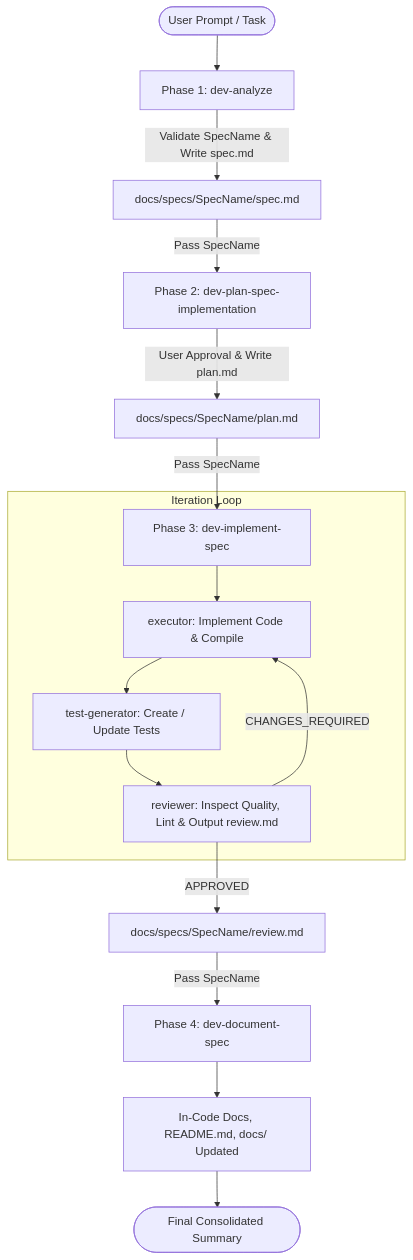
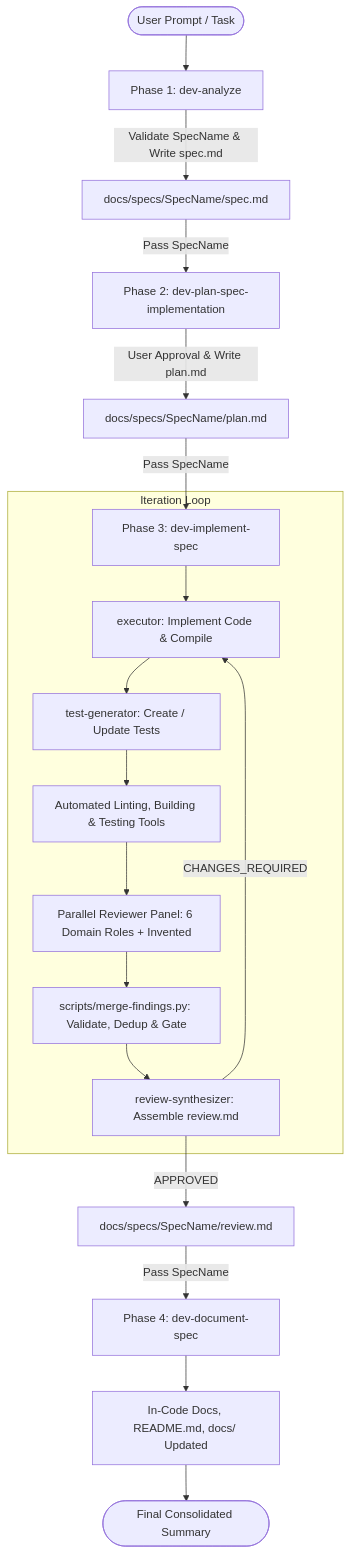
One commit to normegil/orchestrate-spec changed the diagram in skills/dev-orchestrate-spec/SKILL.md. Above: the diagram before and after it, drawn with Mermaid. The commit also changed other lines of this file and 12 other files, not shown here.

````diff
--- a/skills/dev-orchestrate-spec/SKILL.md
+++ b/skills/dev-orchestrate-spec/SKILL.md
@@ -23,20 +23,23 @@
 ```mermaid
 graph TD
     User([User Prompt / Task]) --> Phase1[Phase 1: dev-analyze]
     Phase1 -->|Validate SpecName & Write spec.md| SpecFile[docs/specs/SpecName/spec.md]
     SpecFile -->|Pass SpecName| Phase2[Phase 2: dev-plan-spec-implementation]
     Phase2 -->|User Approval & Write plan.md| PlanFile[docs/specs/SpecName/plan.md]
     PlanFile -->|Pass SpecName| Phase3[Phase 3: dev-implement-spec]
     
     subgraph Iteration Loop
         Phase3 --> Exec[executor: Implement Code & Compile]
         Exec --> TestGen[test-generator: Create / Update Tests]
-        TestGen --> Rev[reviewer: Inspect Quality, Lint & Output review.md]
-        Rev -->|CHANGES_REQUIRED| Exec
+        TestGen --> Checks[Automated Linting, Building & Testing Tools]
+        Checks --> Panel[Parallel Reviewer Panel: 6 Domain Roles + Invented]
+        Panel --> Merge[scripts/merge-findings.py: Validate, Dedup & Gate]
+        Merge --> Synth[review-synthesizer: Assemble review.md]
+        Synth -->|CHANGES_REQUIRED| Exec
     end
     
-    Rev -->|APPROVED| ReviewFile[docs/specs/SpecName/review.md]
+    Synth -->|APPROVED| ReviewFile[docs/specs/SpecName/review.md]
     ReviewFile -->|Pass SpecName| Phase4[Phase 4: dev-document-spec]
     Phase4 --> DocsDone[In-Code Docs, README.md, docs/ Updated]
     DocsDone --> Summary([Final Consolidated Summary])
 ```
````
